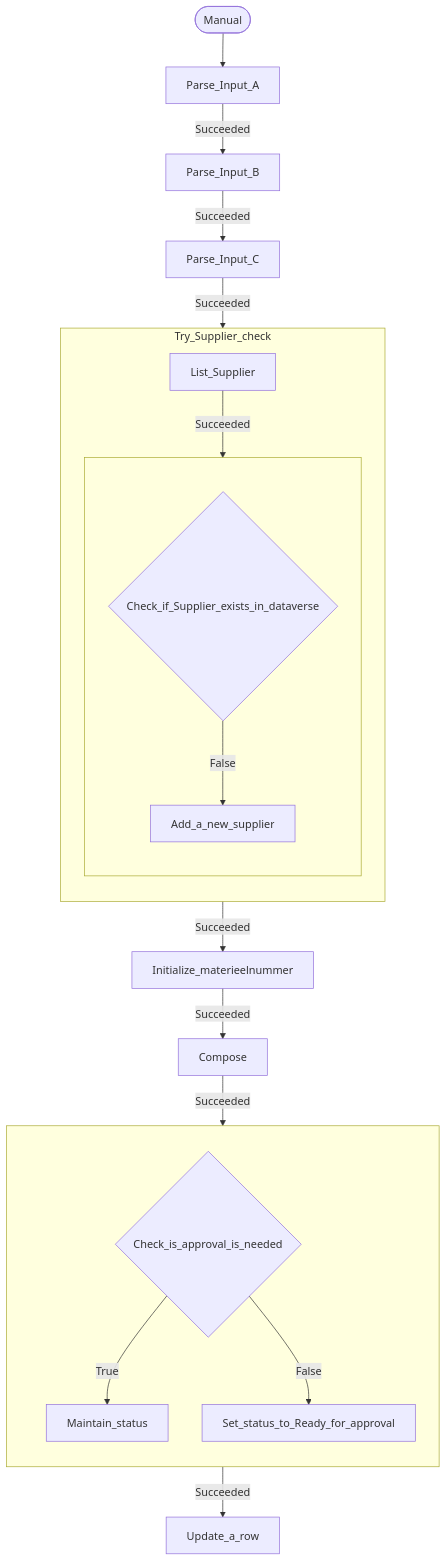
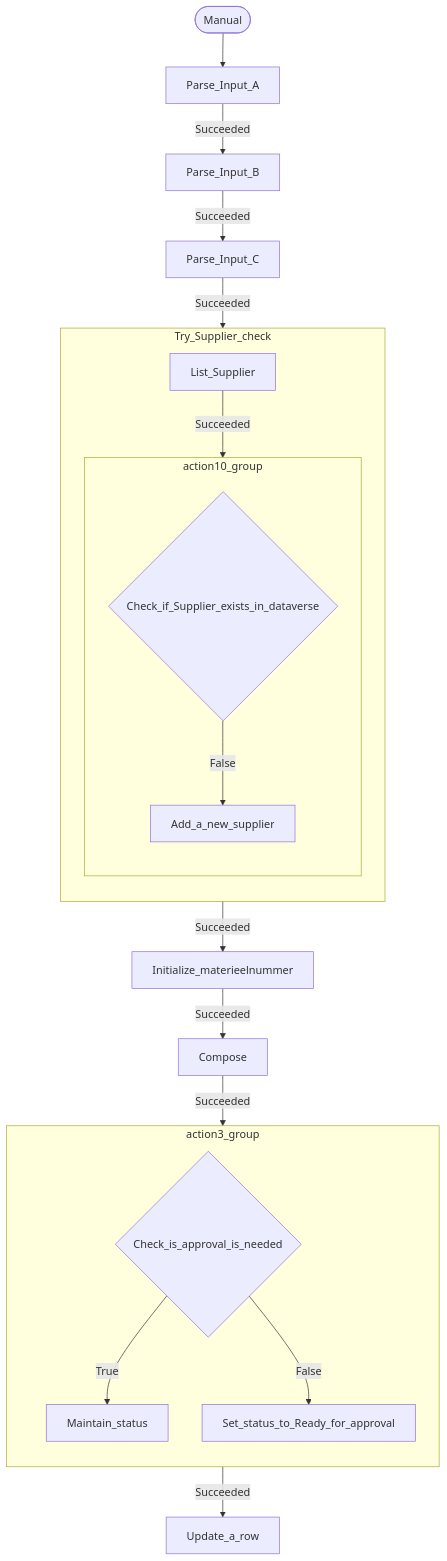
The diagram in tests/fixtures/expected/FlowChart.SubgraphFlow.expected.md (autosysops/PowerShell_PowerPlatformChecker), drawn with Mermaid before and after one commit. The commit also changed 80 other files, not shown here.

Commit message:
Added option to generate flowcharts for desktop flows and get information from power apps (model and canvas). Also added option to generate external diagrams.

```diff
--- a/tests/fixtures/expected/FlowChart.SubgraphFlow.expected.md
+++ b/tests/fixtures/expected/FlowChart.SubgraphFlow.expected.md
@@ -1,37 +1,37 @@
 :::mermaid
 flowchart TB
 action0(["Manual"])
 action4["Compose"]
 action5["Initialize_materieelnummer"]
 action6["Parse_Input_A"]
 action7["Parse_Input_B"]
 action8["Parse_Input_C"]
 action13["Update_a_row"]
-subgraph action3_group[" "]
+subgraph action3_group
 direction TB
 action1["Maintain_status"]
 action2["Set_status_to_Ready_for_approval"]
 action3{"Check_is_approval_is_needed"}
 action3 -- False --> action2
 action3 -- True --> action1
 end
 subgraph action12_group["Try_Supplier_check"]
 direction TB
 action11["List_Supplier"]
-subgraph action10_group[" "]
+subgraph action10_group
 direction TB
 action9["Add_a_new_supplier"]
 action10{"Check_if_Supplier_exists_in_dataverse"}
 action10 -- False --> action9
 end
 action11 -- Succeeded --> action10_group
 end
 action0 --> action6
 action12_group -- Succeeded --> action5
 action3_group -- Succeeded --> action13
 action4 -- Succeeded --> action3_group
 action5 -- Succeeded --> action4
 action6 -- Succeeded --> action7
 action7 -- Succeeded --> action8
 action8 -- Succeeded --> action12_group
 :::
```
